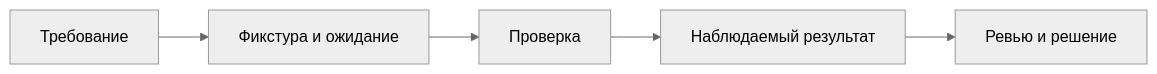
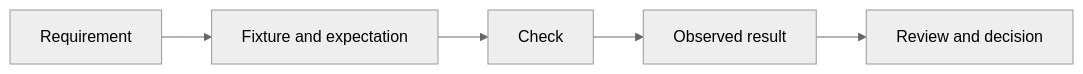
One commit to planveyor/planveyor changed the diagram in docs/guides/learn/assets/testing-evidence-1.mmd. Above: the diagram before and after it, drawn with Mermaid (neutral theme). The commit also changed 124 other files, not shown here.

```diff
--- a/docs/guides/learn/assets/testing-evidence-1.mmd
+++ b/docs/guides/learn/assets/testing-evidence-1.mmd
@@ -1,5 +1,5 @@
 flowchart LR
-  A["Требование"] --> B["Фикстура и ожидание"]
-  B --> C["Проверка"]
-  C --> D["Наблюдаемый результат"]
-  D --> E["Ревью и решение"]
+  A["Requirement"] --> B["Fixture and expectation"]
+  B --> C["Check"]
+  C --> D["Observed result"]
+  D --> E["Review and decision"]
```
